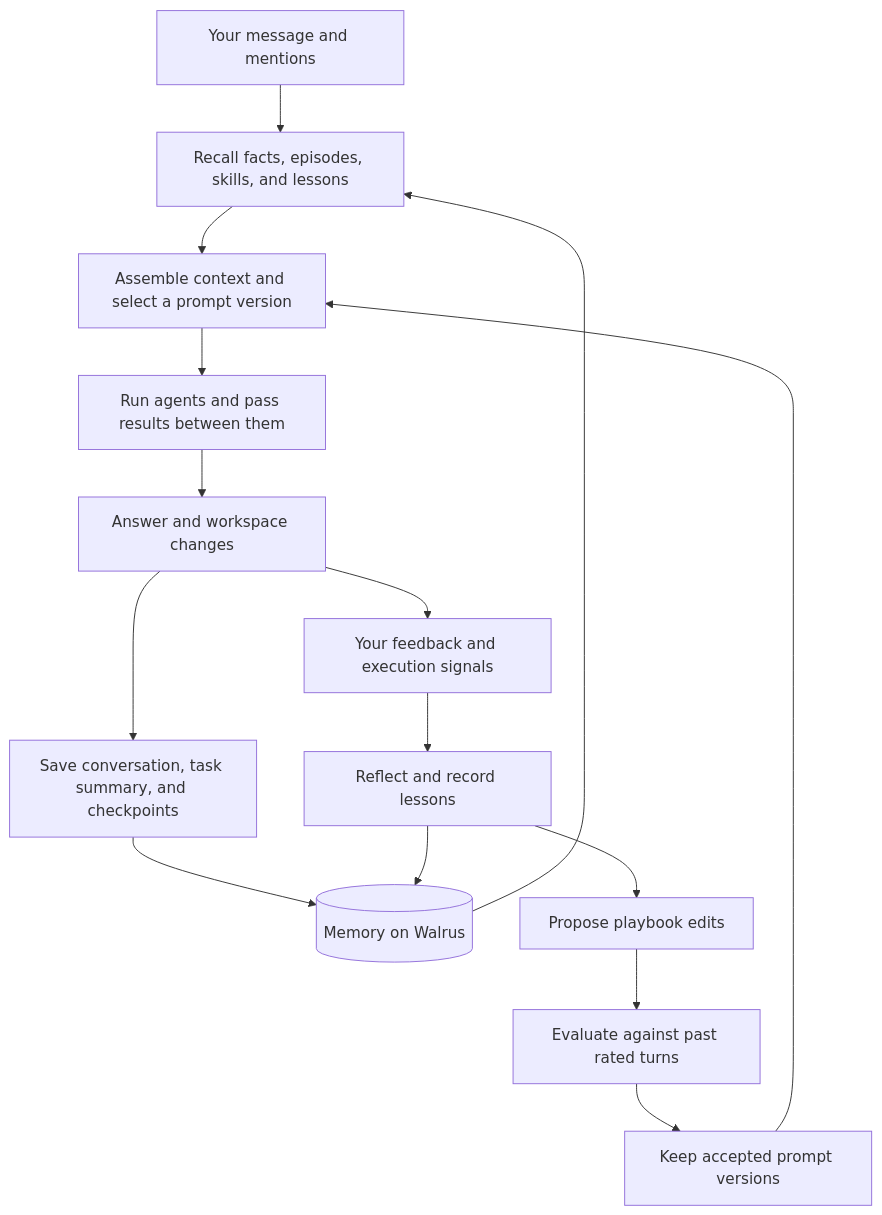
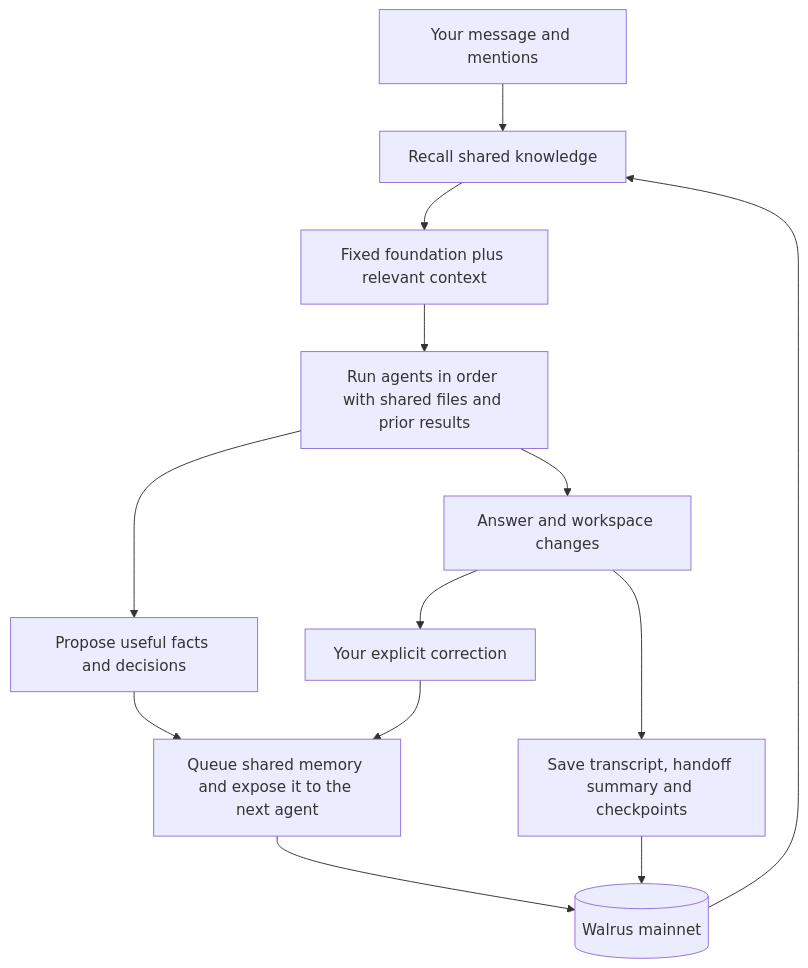
The diagram in README.md (dun999/Saga), drawn with Mermaid before and after one commit. The commit also changed other lines of this file and 29 other files, not shown here.

First line of the commit message:
refactor: unify agent memory and simplify harness

````diff
--- a/README.md
+++ b/README.md
@@ -42,17 +42,15 @@
 ```mermaid
 flowchart TD
-    U[Your message and mentions] --> R[Recall facts, episodes, skills, and lessons]
-    W[(Memory on Walrus)] --> R
-    R --> C[Assemble context and select a prompt version]
-    C --> A[Run agents and pass results between them]
+    U[Your message and mentions] --> R[Recall shared knowledge]
+    W[(Walrus mainnet)] --> R
+    R --> C[Fixed foundation plus relevant context]
+    C --> A[Run agents in order with shared files and prior results]
     A --> O[Answer and workspace changes]
-    O --> M[Save conversation, task summary, and checkpoints]
+    A --> K[Propose useful facts and decisions]
+    K --> Q[Queue shared memory and expose it to the next agent]
+    O --> M[Save transcript, handoff summary and checkpoints]
+    O --> F[Your explicit correction]
+    F --> Q
+    Q --> W
     M --> W
-    O --> F[Your feedback and execution signals]
-    F --> L[Reflect and record lessons]
-    L --> W
-    L --> P[Propose playbook edits]
-    P --> E[Evaluate against past rated turns]
-    E --> V[Keep accepted prompt versions]
-    V --> C
 ```
````
